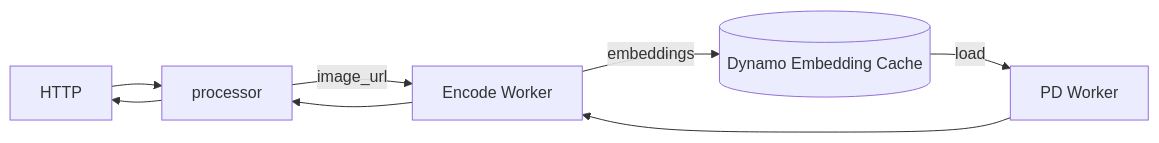
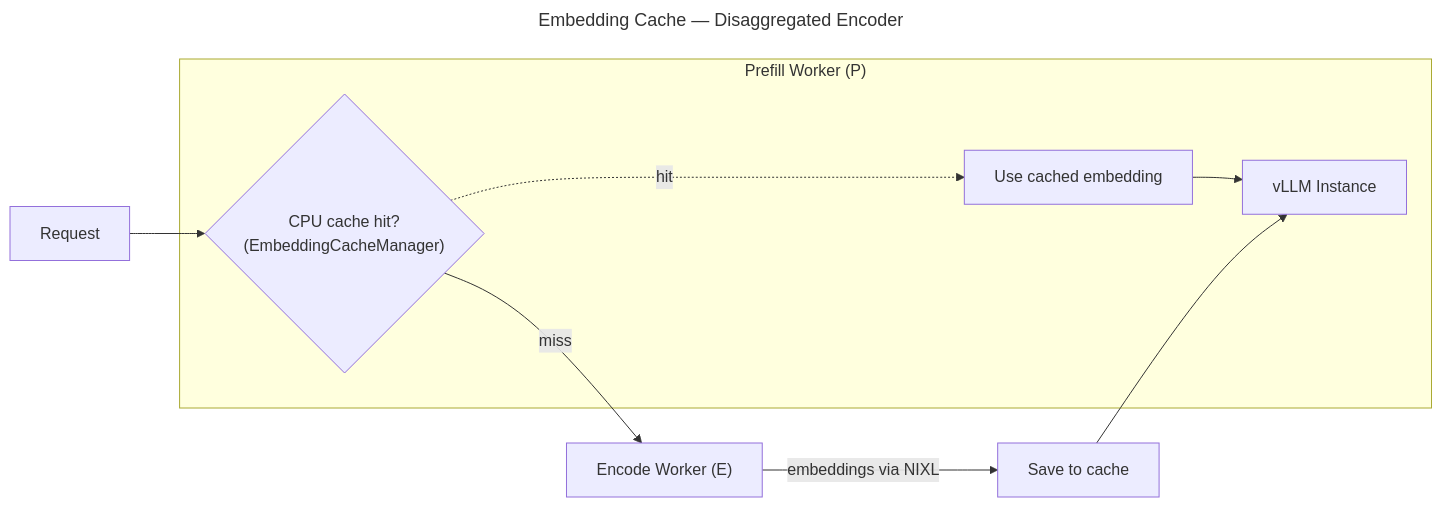
Before and after one commit to doublewordai/dynamo: the third of 3 diagrams in fern/pages-dev/features/multimodal/multimodal-vllm.md, drawn with Mermaid. The commit also changed other lines of this file and 131 other files, not shown here.

````diff
--- a/fern/pages-dev/features/multimodal/multimodal-vllm.md
+++ b/fern/pages-dev/features/multimodal/multimodal-vllm.md
@@ -466,10 +252,16 @@
 ```mermaid
+---
+title: Embedding Cache — Disaggregated Encoder
+---
 flowchart LR
-  HTTP --> processor
-  processor --> HTTP
-  processor --image_url--> encode_worker[Encode Worker]
-  encode_worker --> processor
-  encode_worker --embeddings--> cache[(Dynamo Embedding Cache)]
-  cache --load--> pd_worker[PD Worker]
-  pd_worker --> encode_worker
+    req[Request] --> cpu_check{"CPU cache hit?<br/>(EmbeddingCacheManager)"}
+
+    subgraph P ["Prefill Worker (P)"]
+        cpu_check -. hit .-> use[Use cached embedding]
+        use --> vllm[vLLM Instance]
+    end
+
+    cpu_check -- miss --> E["Encode Worker (E)"]
+    E -- "embeddings via NIXL" --> save["Save to cache"]
+    save --> vllm
 ```
````
